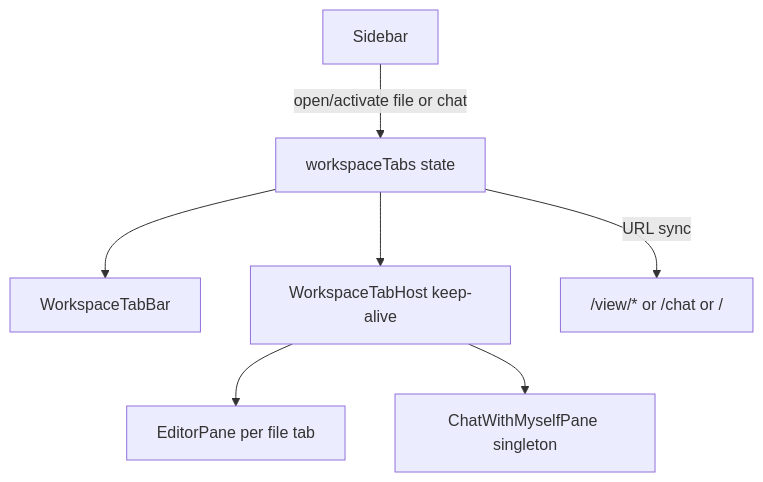
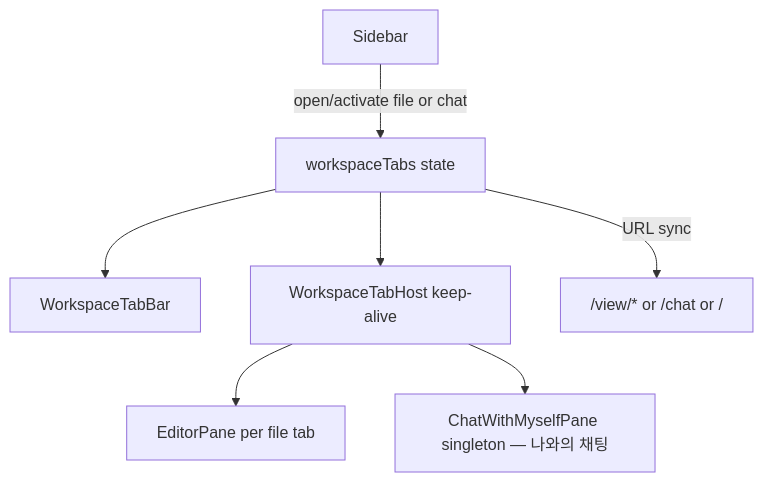
One commit to explainpark101/DocuHaim changed the diagram in .cursor/plans/editor_workspace_tabs_9a450fcf.plan.md. Above: the diagram before and after it, drawn with Mermaid. The commit also changed other lines of this file and 17 other files, not shown here.

First line of the commit message:
feat(workspace-tabs): implement multi-file and chat tab functionality

````diff
--- a/.cursor/plans/editor_workspace_tabs_9a450fcf.plan.md
+++ b/.cursor/plans/editor_workspace_tabs_9a450fcf.plan.md
@@ -43,16 +45,16 @@
 ```mermaid
 flowchart TB
   sidebar[Sidebar]
   tabBar[WorkspaceTabBar]
   host[WorkspaceTabHost keep-alive]
   fileTab[EditorPane per file tab]
-  chatTab[ChatWithMyselfPane singleton]
+  chatTab["ChatWithMyselfPane singleton — 나와의 채팅"]
   store[workspaceTabs state]
 
   sidebar -->|open/activate file or chat| store
   store --> tabBar
   store --> host
   host --> fileTab
   host --> chatTab
   store -->|URL sync| routes["/view/* or /chat or /"]
 ```
````
